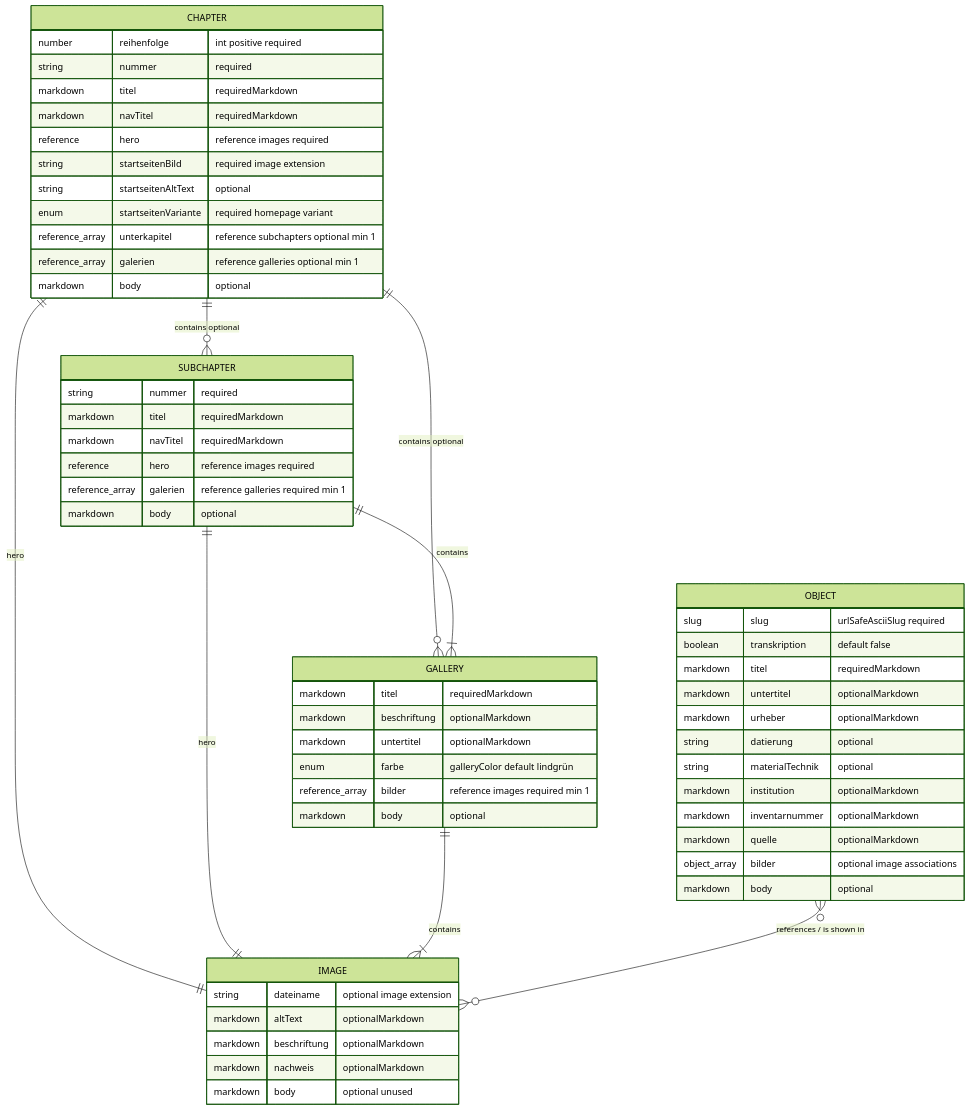
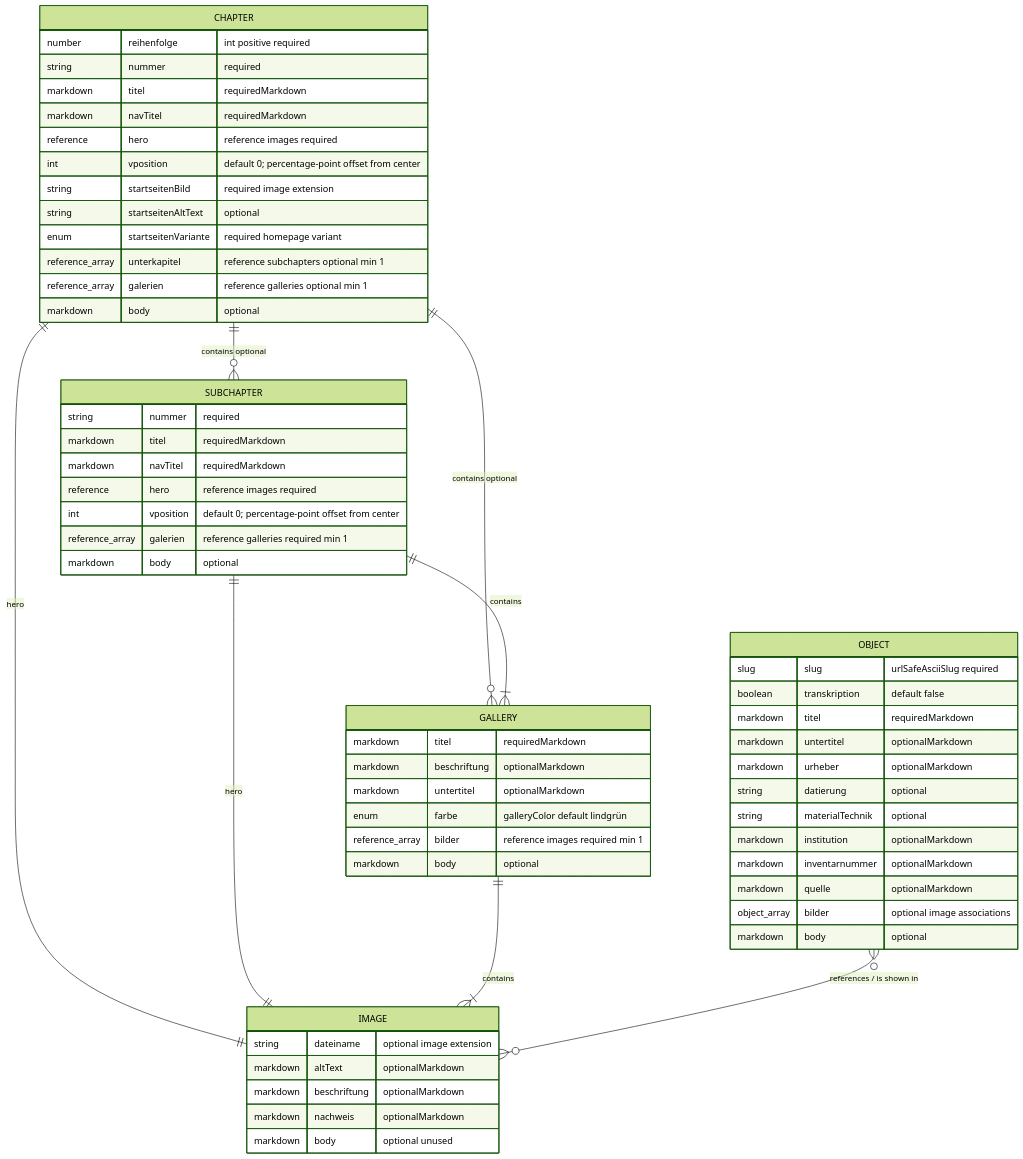
The diagram in docs/content-model.md (Theodor-Springmann-Stiftung/hebel-ausstellung), drawn with Mermaid (forest theme) before and after one commit. The commit also changed other lines of this file and 8 other files, not shown here.

````diff
--- a/docs/content-model.md
+++ b/docs/content-model.md
@@ -292,65 +294,67 @@
 ```mermaid
 erDiagram
   CHAPTER ||--o{ SUBCHAPTER : "contains optional"
   CHAPTER ||--o{ GALLERY : "contains optional"
   CHAPTER ||--|| IMAGE : "hero"
   SUBCHAPTER ||--|{ GALLERY : "contains"
   SUBCHAPTER ||--|| IMAGE : "hero"
   GALLERY ||--|{ IMAGE : "contains"
   OBJECT }o--o{ IMAGE : "references / is shown in"
 
   CHAPTER {
     number reihenfolge "int positive required"
     string nummer "required"
     markdown titel "requiredMarkdown"
     markdown navTitel "requiredMarkdown"
     reference hero "reference images required"
+    int vposition "default 0; percentage-point offset from center"
     string startseitenBild "required image extension"
     string startseitenAltText "optional"
     enum startseitenVariante "required homepage variant"
     reference_array unterkapitel "reference subchapters optional min 1"
     reference_array galerien "reference galleries optional min 1"
     markdown body "optional"
   }
 
   SUBCHAPTER {
     string nummer "required"
     markdown titel "requiredMarkdown"
     markdown navTitel "requiredMarkdown"
     reference hero "reference images required"
+    int vposition "default 0; percentage-point offset from center"
     reference_array galerien "reference galleries required min 1"
     markdown body "optional"
   }
 
   GALLERY {
     markdown titel "requiredMarkdown"
     markdown beschriftung "optionalMarkdown"
     markdown untertitel "optionalMarkdown"
     enum farbe "galleryColor default lindgrün"
     reference_array bilder "reference images required min 1"
     markdown body "optional"
   }
 
   IMAGE {
     string dateiname "optional image extension"
     markdown altText "optionalMarkdown"
     markdown beschriftung "optionalMarkdown"
     markdown nachweis "optionalMarkdown"
     markdown body "optional unused"
   }
 
   OBJECT {
     slug slug "urlSafeAsciiSlug required"
     boolean transkription "default false"
     markdown titel "requiredMarkdown"
     markdown untertitel "optionalMarkdown"
     markdown urheber "optionalMarkdown"
     string datierung "optional"
     string materialTechnik "optional"
     markdown institution "optionalMarkdown"
     markdown inventarnummer "optionalMarkdown"
     markdown quelle "optionalMarkdown"
     object_array bilder "optional image associations"
     markdown body "optional"
   }
 ```
````
